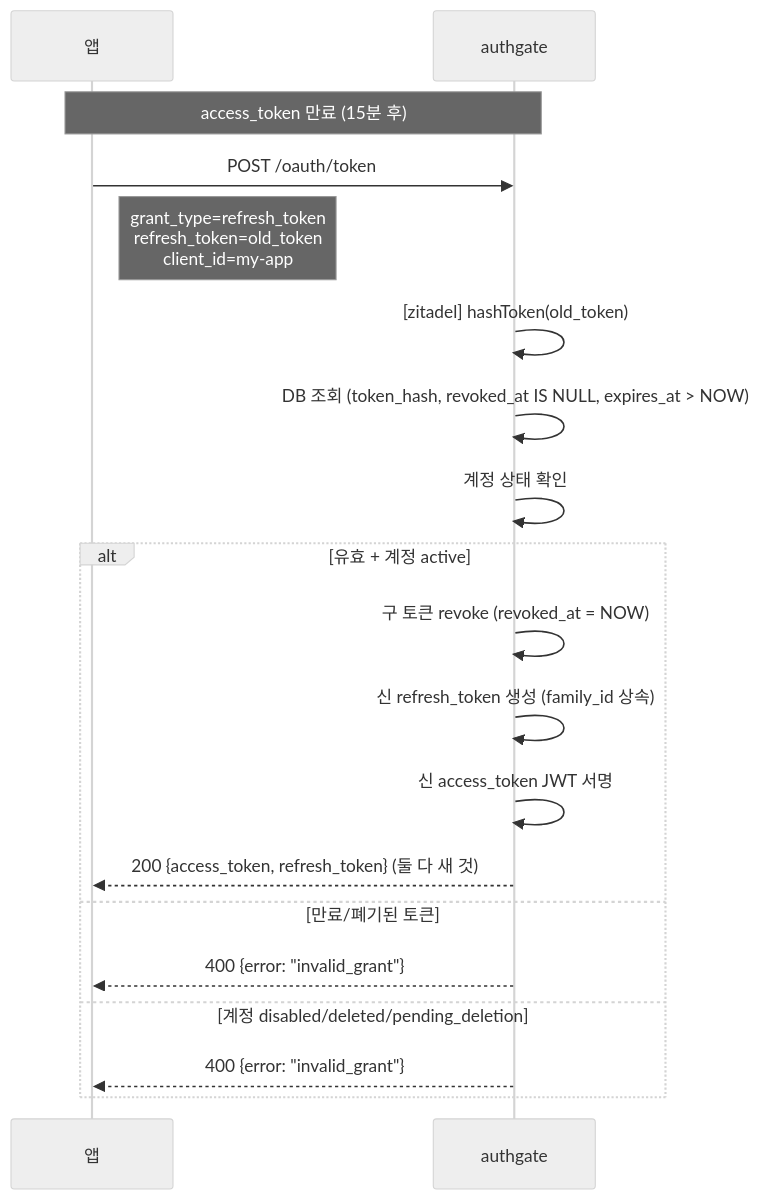
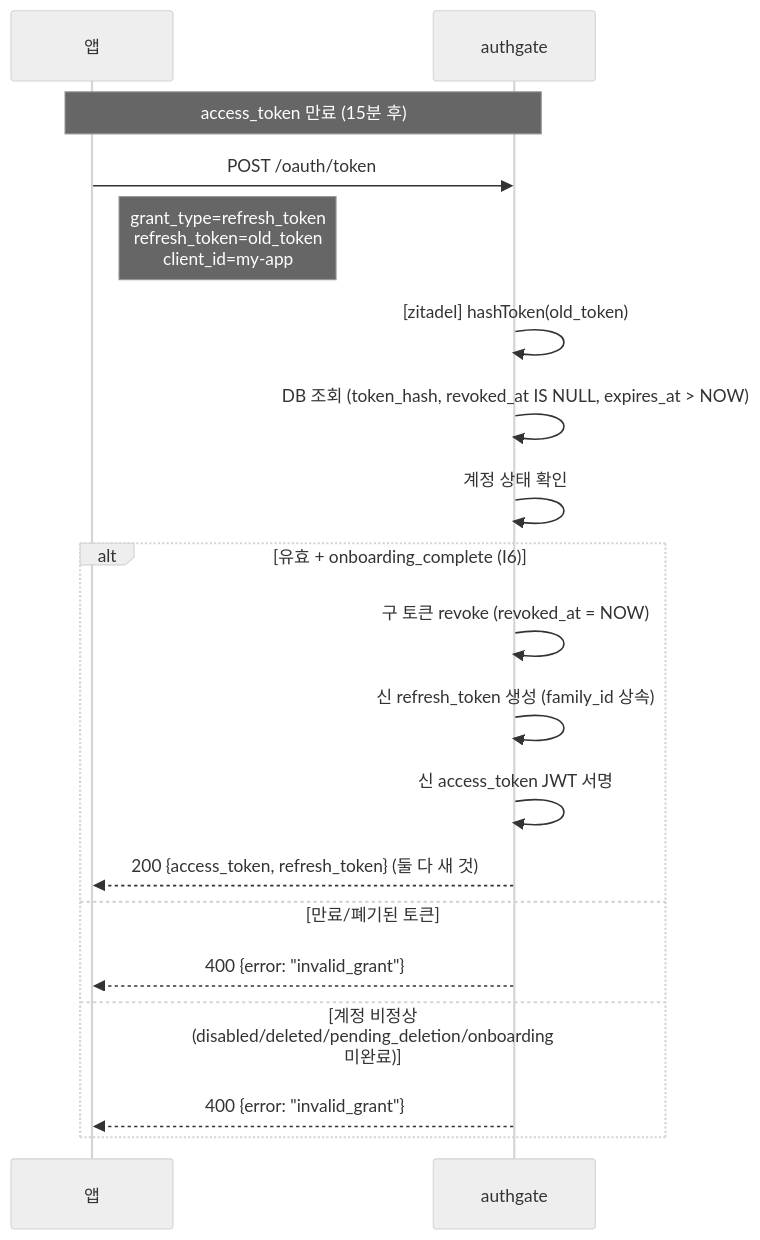
Before and after one commit to cagojeiger/authgate: the first of 4 diagrams in docs/spec/005-token-lifecycle.md, drawn with Mermaid (neutral theme). The commit also changed other lines of this file and 8 other files, not shown here.

````diff
--- a/docs/spec/005-token-lifecycle.md
+++ b/docs/spec/005-token-lifecycle.md
@@ -33,24 +33,24 @@
 ```mermaid
 sequenceDiagram
     participant App as 앱
     participant AG as authgate
 
     Note over App,AG: access_token 만료 (15분 후)
     App->>AG: POST /oauth/token
     Note right of App: grant_type=refresh_token<br/>refresh_token=old_token<br/>client_id=my-app
 
     AG->>AG: [zitadel] hashToken(old_token)
     AG->>AG: DB 조회 (token_hash, revoked_at IS NULL, expires_at > NOW)
     AG->>AG: 계정 상태 확인
 
-    alt 유효 + 계정 active
+    alt 유효 + onboarding_complete (I6)
         AG->>AG: 구 토큰 revoke (revoked_at = NOW)
         AG->>AG: 신 refresh_token 생성 (family_id 상속)
         AG->>AG: 신 access_token JWT 서명
         AG-->>App: 200 {access_token, refresh_token} (둘 다 새 것)
     else 만료/폐기된 토큰
         AG-->>App: 400 {error: "invalid_grant"}
-    else 계정 disabled/deleted/pending_deletion
+    else 계정 비정상 (disabled/deleted/pending_deletion/onboarding 미완료)
         AG-->>App: 400 {error: "invalid_grant"}
     end
 ```
````
